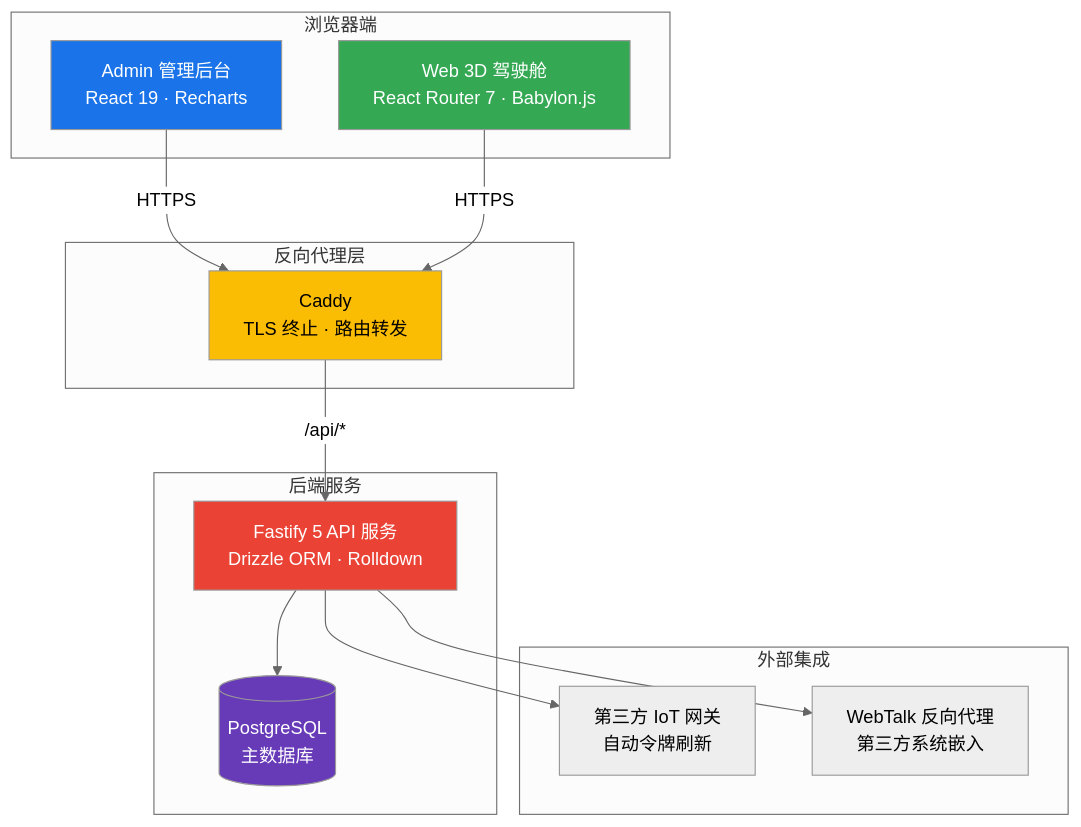
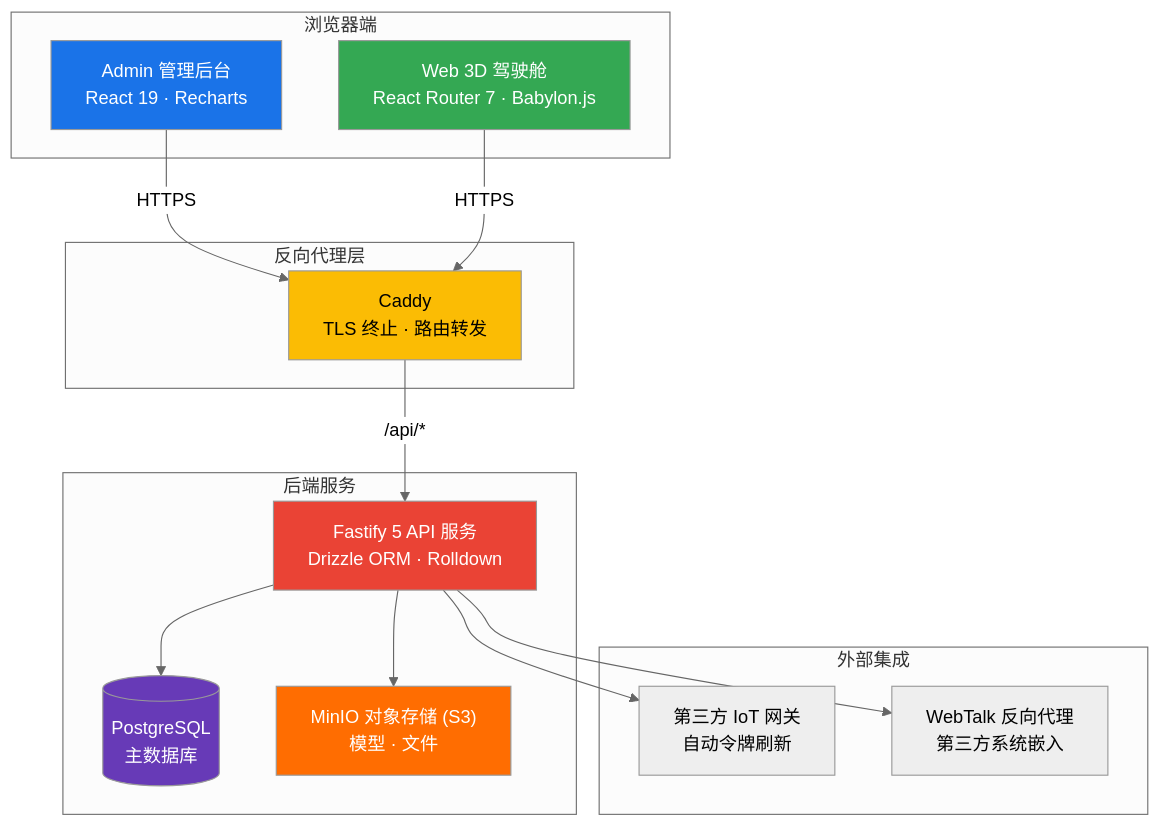
One commit to hyooeewee/ecoctrl changed the diagram in apps/docs/guide/getting-started/platform-overview.md. Above: the diagram before and after it, drawn with Mermaid (neutral theme). The commit also changed 3 other files, not shown here.

Commit message:
fix(docs): add missing MinIO storage to architecture diagrams and storage descriptions

````diff
--- a/apps/docs/guide/getting-started/platform-overview.md
+++ b/apps/docs/guide/getting-started/platform-overview.md
@@ -23,34 +23,37 @@
 ```mermaid
 flowchart TB
     subgraph Browser["浏览器端"]
         Admin["Admin 管理后台<br/>React 19 · Recharts"]
         Web["Web 3D 驾驶舱<br/>React Router 7 · Babylon.js"]
     end
 
     subgraph Proxy["反向代理层"]
         Caddy["Caddy<br/>TLS 终止 · 路由转发"]
     end
 
     subgraph Backend["后端服务"]
         API["Fastify 5 API 服务<br/>Drizzle ORM · Rolldown"]
         PG[("PostgreSQL<br/>主数据库")]
+        MinIO["MinIO 对象存储 (S3)<br/>模型 · 文件"]
     end
 
     subgraph External["外部集成"]
         IoT["第三方 IoT 网关<br/>自动令牌刷新"]
         WebTalk["WebTalk 反向代理<br/>第三方系统嵌入"]
     end
 
     Admin -->|HTTPS| Caddy
     Web -->|HTTPS| Caddy
     Caddy -->|/api/*| API
     API --> PG
+    API --> MinIO
     API --> IoT
     API --> WebTalk
 
     style Admin fill:#1a73e8,color:#fff
     style Web fill:#34a853,color:#fff
     style Caddy fill:#fbbc04,color:#000
     style API fill:#ea4335,color:#fff
     style PG fill:#673ab7,color:#fff
+    style MinIO fill:#ff6d01,color:#fff
 ```
````
